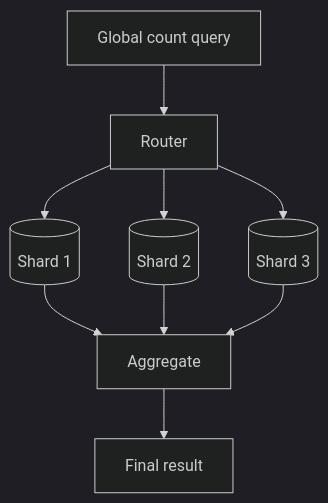
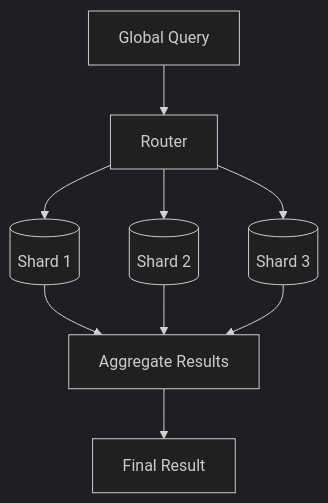
Before and after one commit to AvadhBhalodiya/Interview-Preparation: the ninth of 12 diagrams in src/content/databases/replication-sharding-partitioning.md, drawn with Mermaid (dark theme). The commit also changed other lines of this file and 80 other files, not shown here.

````diff
--- a/src/content/databases/replication-sharding-partitioning.md
+++ b/src/content/databases/replication-sharding-partitioning.md
@@ -1032,11 +715,11 @@
 ```mermaid
 flowchart TD
-    Q[Global count query] --> R[Router]
+    Q[Global Query] --> R[Router]
     R --> S1[(Shard 1)]
     R --> S2[(Shard 2)]
     R --> S3[(Shard 3)]
-    S1 --> AGG[Aggregate]
-    S2 --> AGG
-    S3 --> AGG
-    AGG --> RESULT[Final result]
+    S1 --> A[Aggregate Results]
+    S2 --> A
+    S3 --> A
+    A --> OUT[Final Result]
 ```
````
